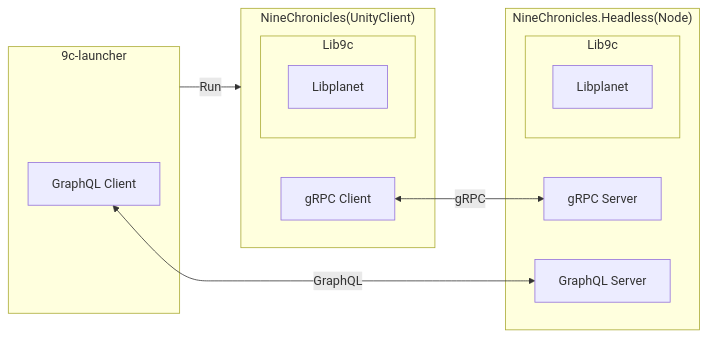
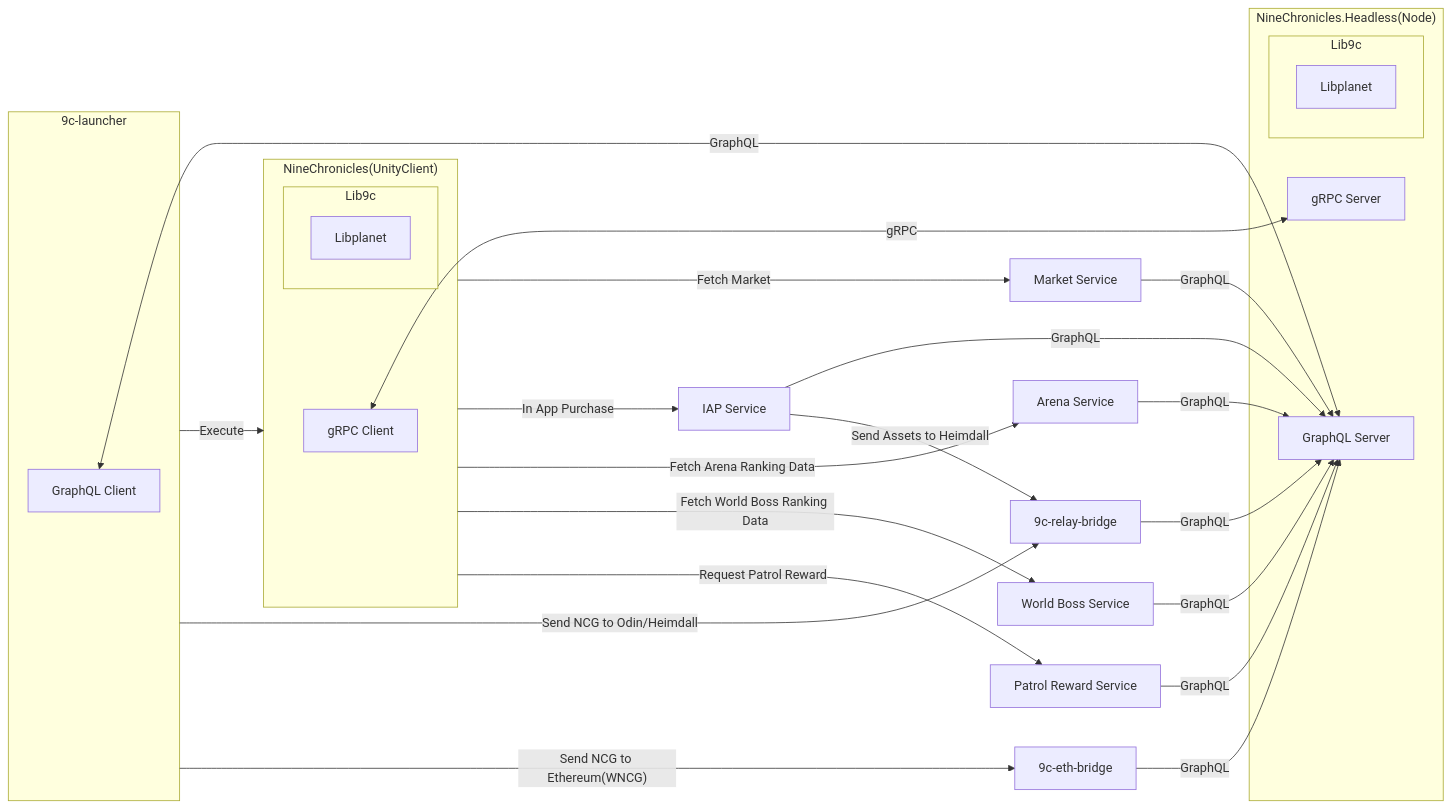
One commit to planetarium/www.nine-chronicles.dev changed the third of 3 diagrams in en/contributing/getting-started.md. Above: the diagram before and after it, drawn with Mermaid. The commit also changed 1 other file, not shown here.

Commit message:
Describe more services

````diff
--- a/en/contributing/getting-started.md
+++ b/en/contributing/getting-started.md
@@ -39,22 +39,43 @@
 ```mermaid
 graph LR
     subgraph launcher[9c-launcher]
         launcher-graphql-client[GraphQL Client]
     end
     subgraph headless["NineChronicles.Headless(Node)"]
         subgraph headless-lib9c[Lib9c]
             headless-lib9c-libplanet[Libplanet]
         end
         headless-grpc-server[gRPC Server]
         headless-graphql-server[GraphQL Server]
     end
     subgraph 9c-unity["NineChronicles(UnityClient)"]
         subgraph 9c-unity-lib9c[Lib9c]
             9c-unity-lib9c-libplanet[Libplanet]
         end
         9c-unity-grpc-client[gRPC Client]
     end
     launcher-graphql-client -- GraphQL <--> headless-graphql-server
-    launcher -- Run --> 9c-unity
+    launcher -- Execute --> 9c-unity
+    launcher -- Send NCG to Odin/Heimdall --> 9c-relay-bridge
+    launcher -- Send NCG to Ethereum(WNCG) --> 9c-eth-bridge
+    9c-relay-bridge -- GraphQL --> headless-graphql-server
+    9c-eth-bridge -- GraphQL --> headless-graphql-server
     9c-unity-grpc-client -- gRPC <--> headless-grpc-server
+
+    9c-unity -- Fetch Market --> market-service
+    market-service[Market Service] -- GraphQL --> headless-graphql-server
+
+    9c-unity -- In App Purchase --> iap
+    iap[IAP Service] -- GraphQL --> headless-graphql-server
+    iap -- Send Assets to Heimdall --> 9c-relay-bridge
+
+    9c-unity -- Fetch Arena Ranking Data --> arena-service
+    arena-service[Arena Service] -- GraphQL --> headless-graphql-server
+
+    9c-unity -- Fetch World Boss Ranking Data --> world-boss-service
+    world-boss-service[World Boss Service] -- GraphQL --> headless-graphql-server
+
+    9c-unity -- Request Patrol Reward --> patrol-reward-service
+    patrol-reward-service[Patrol Reward Service] -- GraphQL --> headless-graphql-server
+
 ```
````
